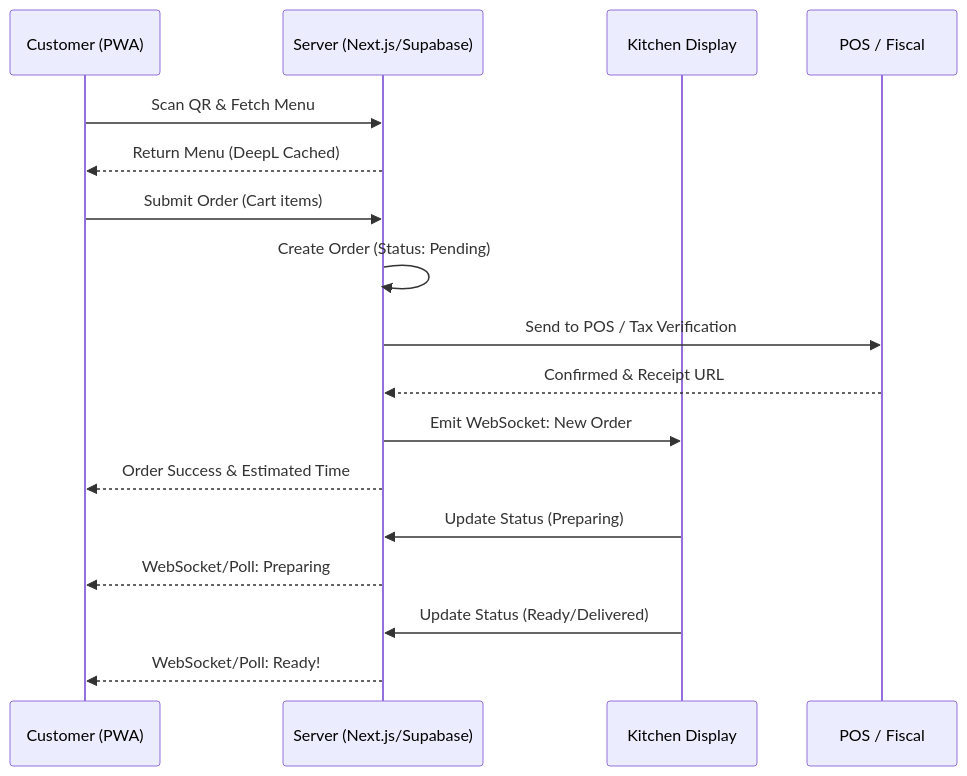
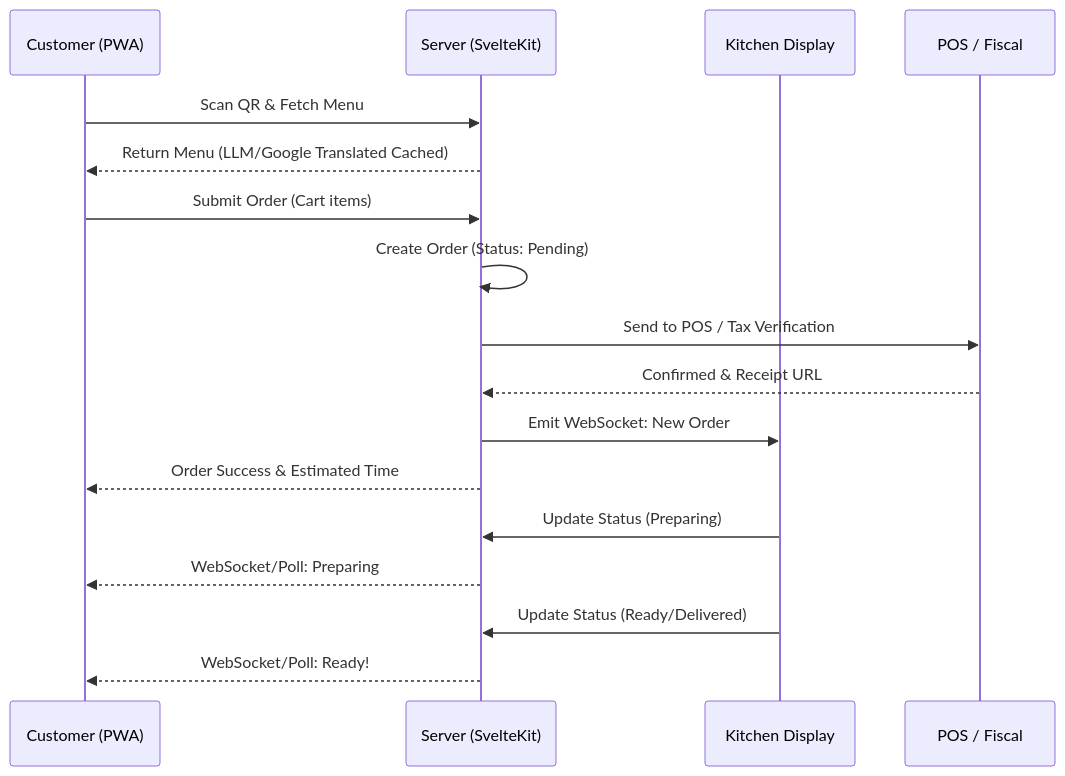
Before and after one commit to dolly450/orderly_docs: the diagram in architecture/ordering-flow.md, drawn with Mermaid. The commit also changed 8 other files, not shown here.

````diff
--- a/architecture/ordering-flow.md
+++ b/architecture/ordering-flow.md
@@ -7,20 +7,20 @@
 ```mermaid
 sequenceDiagram
     participant C as Customer (PWA)
-    participant S as Server (Next.js/Supabase)
+    participant S as Server (SvelteKit)
     participant K as Kitchen Display
     participant P as POS / Fiscal
 
     C->>S: Scan QR & Fetch Menu
-    S-->>C: Return Menu (DeepL Cached)
+    S-->>C: Return Menu (LLM/Google Translated Cached)
     C->>S: Submit Order (Cart items)
     S->>S: Create Order (Status: Pending)
     S->>P: Send to POS / Tax Verification
     P-->>S: Confirmed & Receipt URL
     S->>K: Emit WebSocket: New Order
     S-->>C: Order Success & Estimated Time
     K->>S: Update Status (Preparing)
     S-->>C: WebSocket/Poll: Preparing
     K->>S: Update Status (Ready/Delivered)
     S-->>C: WebSocket/Poll: Ready!
 ```
````
